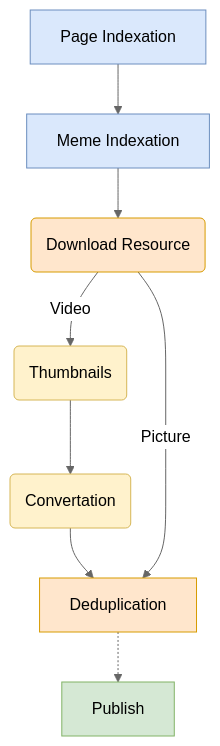
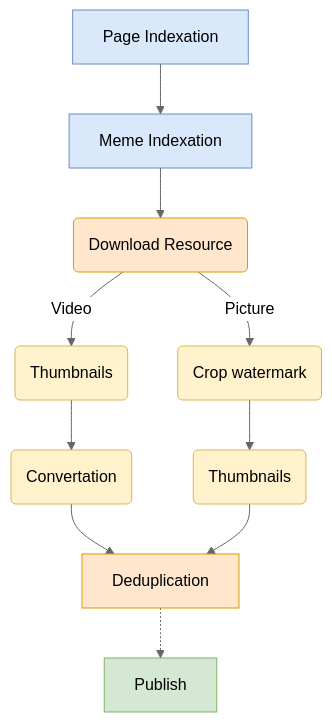
One commit to ruslanys/ifunny changed the diagram in README.md. Above: the diagram before and after it, drawn with Mermaid (neutral theme).

````diff
--- a/README.md
+++ b/README.md
@@ -279,18 +279,22 @@
 ```mermaid
 graph TB
-    PI[Page Indexation] --> MI[Meme Indexation]
-    MI --> DR(Download Resource)
-    DR -->|Video| VT(Thumbnails)
-    VT --> VC(Convertation)
-    VC --> D
-    DR -->|Picture| D[Deduplication]
-    D -.->P[Publish]
-
+    PI[Page Indexation] --> MI
+    MI[Meme Indexation] --> DR
+    DR(Download Resource) -->|Video| VT
+    VT(Thumbnails) --> VC
+    VC(Convertation) --> D
+    DR -->|Picture| IC
+    IC(Crop watermark) -->IT
+    IT(Thumbnails) --> D
+    D[Deduplication] -.-> P
+    P[Publish]
     style PI fill:#DAE8FC,stroke:#6C8EBF
     style MI fill:#DAE8FC,stroke:#6C8EBF
     style DR fill:#FFE6CC,stroke:#D79B00
     style VT fill:#FFF2CC,stroke:#D6B656
     style VC fill:#FFF2CC,stroke:#D6B656
+    style IT fill:#FFF2CC,stroke:#D6B656
+    style IC fill:#FFF2CC,stroke:#D6B656
     style D fill:#FFE6CC,stroke:#D79B00
     style P fill:#D5E8D4,stroke:#82B366
 ```
````
